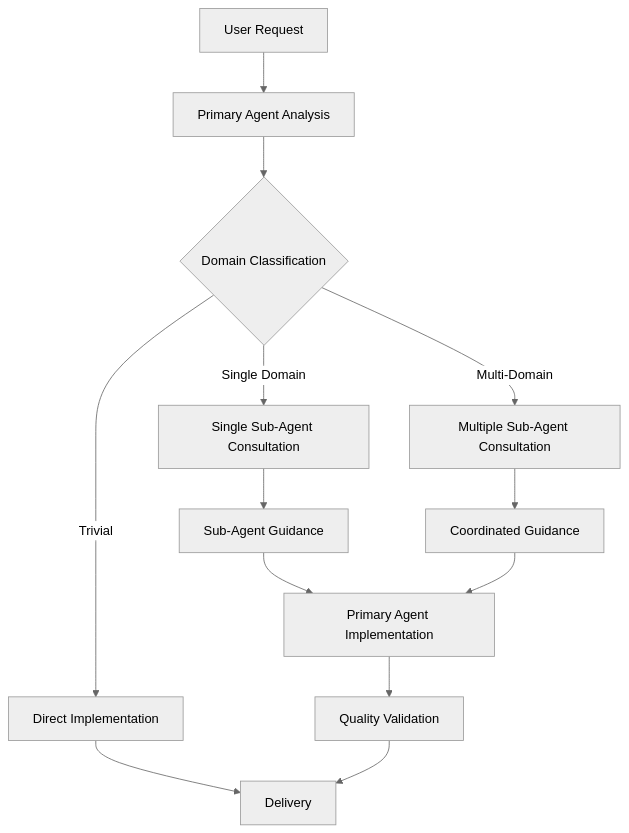
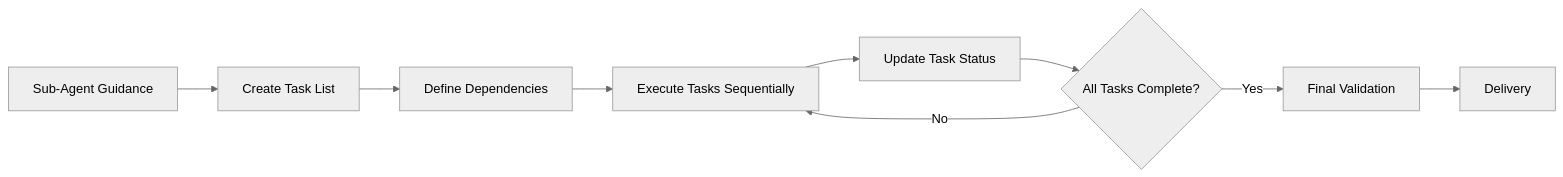
Before and after one commit to MerlinFloyd/horizon-sdlc-v2: the second of 4 diagrams in docker/opencode/config/AGENTS.md, drawn with Mermaid (neutral theme). The commit also changed other lines of this file and 12 other files, not shown here.

````diff
--- a/docker/opencode/config/AGENTS.md
+++ b/docker/opencode/config/AGENTS.md
@@ -73,17 +90,11 @@
 ```mermaid
-graph TD
-    A[User Request] --> B[Primary Agent Analysis]
-    B --> C{Domain Classification}
-    C -->|Single Domain| D[Single Sub-Agent Consultation]
-    C -->|Multi-Domain| E[Multiple Sub-Agent Consultation]
-    C -->|Trivial| F[Direct Implementation]
-
-    D --> G[Sub-Agent Guidance]
-    E --> H[Coordinated Guidance]
-
-    G --> I[Primary Agent Implementation]
-    H --> I
-    F --> J[Delivery]
-    I --> K[Quality Validation]
-    K --> J
+graph LR
+    A[Sub-Agent Guidance] --> B[Create Task List]
+    B --> C[Define Dependencies]
+    C --> D[Execute Tasks Sequentially]
+    D --> E[Update Task Status]
+    E --> F{All Tasks Complete?}
+    F -->|No| D
+    F -->|Yes| G[Final Validation]
+    G --> H[Delivery]
 ```
````
